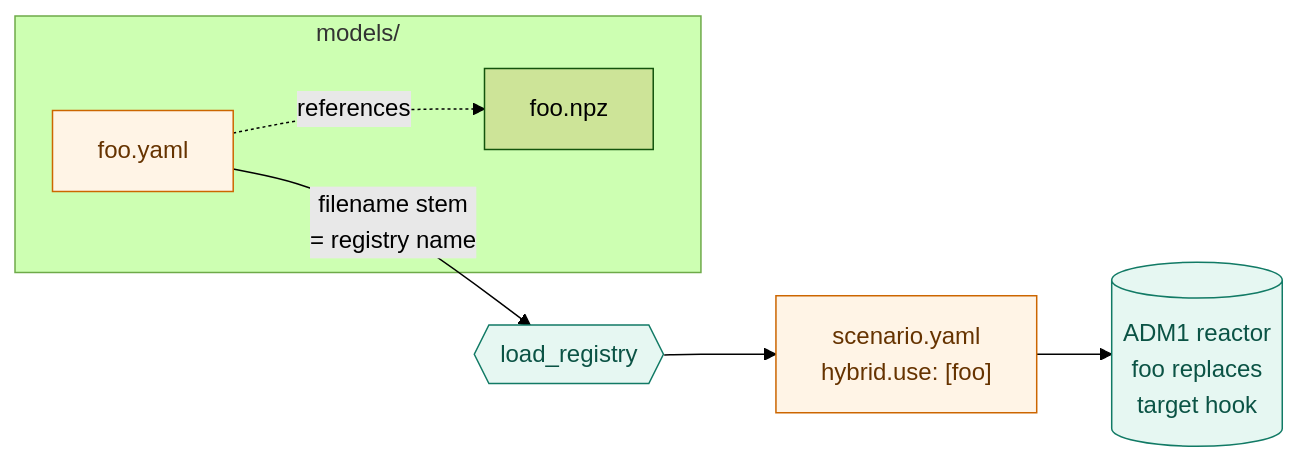
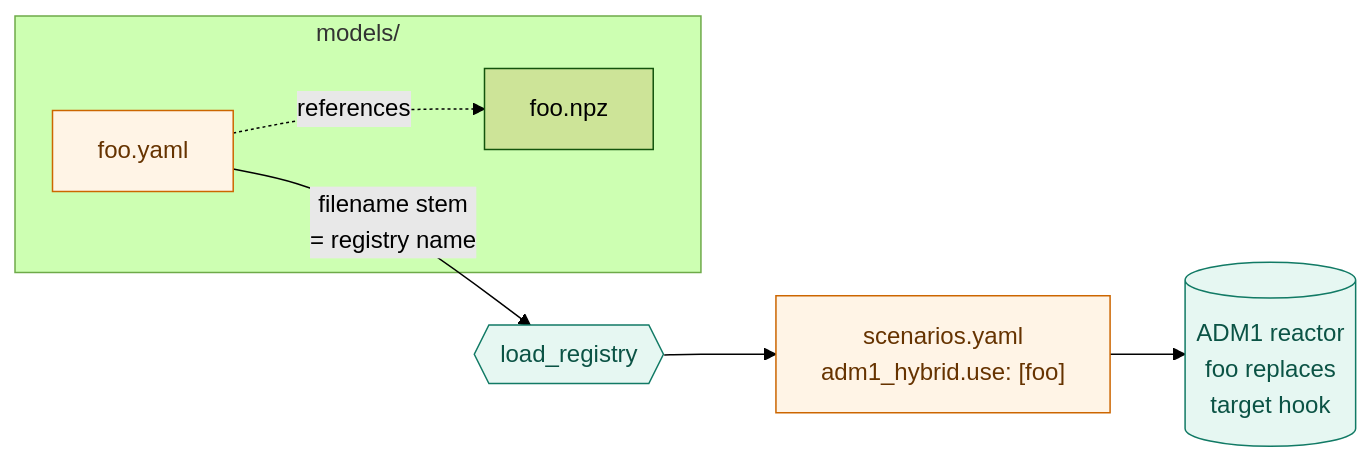
One commit to stamm-4m/model-adm1 changed the diagram in models/README.md. Above: the diagram before and after it, drawn with Mermaid (forest theme). The commit also changed other lines of this file and 57 other files, not shown here.

````diff
--- a/models/README.md
+++ b/models/README.md
@@ -5,16 +8,16 @@
 ```mermaid
 flowchart LR
     subgraph models["models/"]
         y["foo.yaml"]
         a["foo.npz"]
     end
     y -. references .-> a
     y -->|filename stem<br/>= registry name| reg{{load_registry}}
-    reg --> sc["scenario.yaml<br/>hybrid.use: [foo]"]
+    reg --> sc["scenarios.yaml<br/>adm1_hybrid.use: [foo]"]
     sc --> rx[(ADM1 reactor<br/>foo replaces<br/>target hook)]
 
     classDef yaml fill:#fff4e6,stroke:#cc6600,color:#663300
     classDef code fill:#e6f7f2,stroke:#117a65,color:#0b5345
     class y,sc yaml
     class reg,rx code
 ```
````
